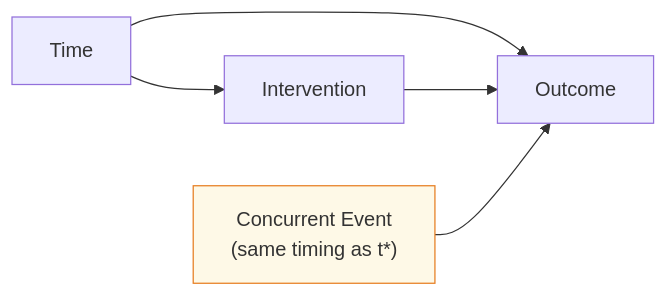
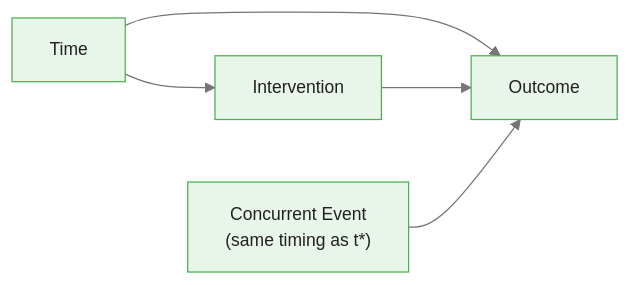
The sixth of 7 diagrams in courses/causalpy-interrupted-time-series/modules/module_00_foundations/guides/03_dags_slides.md (m-deane/course-creator), drawn with Mermaid before and after one commit. The commit also changed other lines of this file and 87 other files, not shown here.

````diff
--- a/courses/causalpy-interrupted-time-series/modules/module_00_foundations/guides/03_dags_slides.md
+++ b/courses/causalpy-interrupted-time-series/modules/module_00_foundations/guides/03_dags_slides.md
@@ -192,8 +221,8 @@
 ```mermaid
+%%{init: {"theme": "base", "themeVariables": {"primaryColor": "#e8f5e9", "primaryBorderColor": "#4caf50", "primaryTextColor": "#212121", "secondaryColor": "#e3f2fd", "tertiaryColor": "#fff8e1", "lineColor": "#757575", "fontFamily": "Inter, sans-serif", "fontSize": "14px"}}}%%
 flowchart LR
     T["Time"] --> Y["Outcome"]
     T --> I["Intervention"]
     I --> Y
     E["Concurrent Event\n(same timing as t*)"] --> Y
-    style E fill:#fef9e7,stroke:#e67e22
 ```
````
